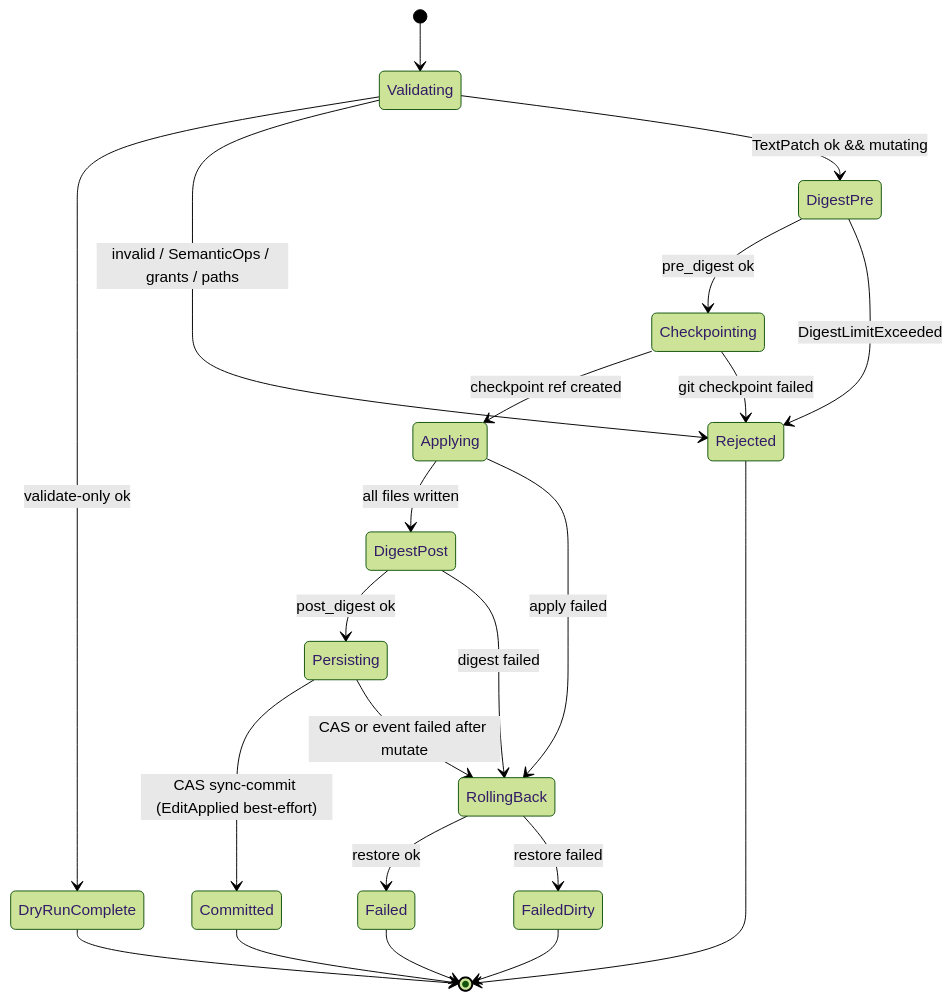
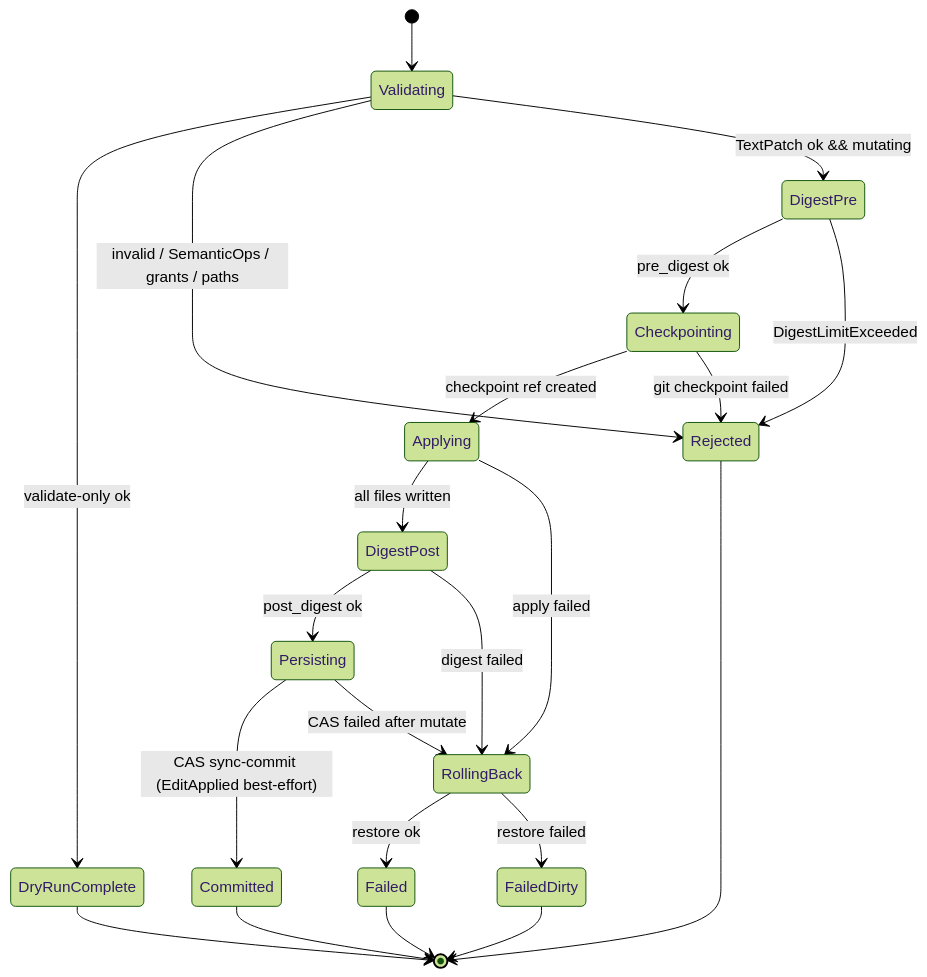
The first of 3 diagrams in docs/rfcs/RFC-0008-edit-engine.md (arkadianet/Alloy), drawn with Mermaid (forest theme) before and after one commit. The commit also changed other lines of this file, not shown here.

````diff
--- a/docs/rfcs/RFC-0008-edit-engine.md
+++ b/docs/rfcs/RFC-0008-edit-engine.md
@@ -1036,24 +1045,24 @@
 ```mermaid
 stateDiagram-v2
   [*] --> Validating
   Validating --> DryRunComplete: validate-only ok
   Validating --> Rejected: invalid / SemanticOps / grants / paths
   Validating --> DigestPre: TextPatch ok && mutating
   DigestPre --> Checkpointing: pre_digest ok
   DigestPre --> Rejected: DigestLimitExceeded
   Checkpointing --> Applying: checkpoint ref created
   Checkpointing --> Rejected: git checkpoint failed
   Applying --> DigestPost: all files written
   Applying --> RollingBack: apply failed
   DigestPost --> Persisting: post_digest ok
   DigestPost --> RollingBack: digest failed
   Persisting --> Committed: CAS sync-commit (EditApplied best-effort)
-  Persisting --> RollingBack: CAS or event failed after mutate
+  Persisting --> RollingBack: CAS failed after mutate
   RollingBack --> Failed: restore ok
   RollingBack --> FailedDirty: restore failed
   DryRunComplete --> [*]
   Committed --> [*]
   Rejected --> [*]
   Failed --> [*]
   FailedDirty --> [*]
 ```
````
